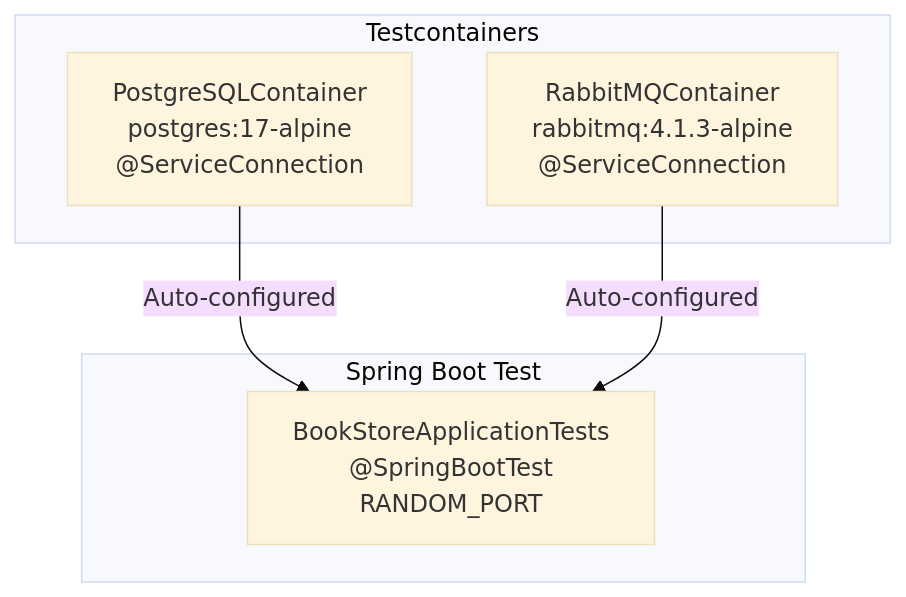
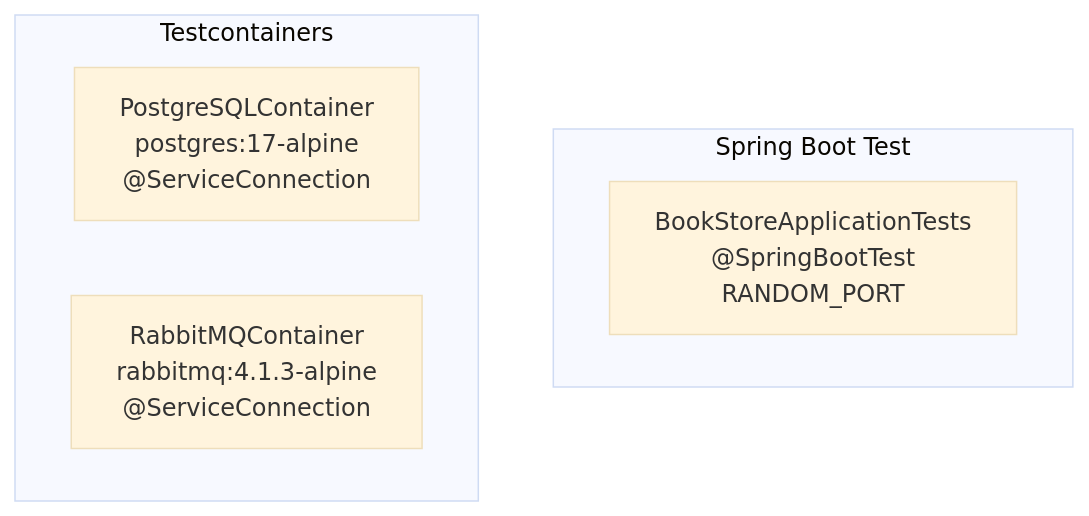
One commit to philipz/spring-modular-monolith changed the fifth of 5 diagrams in docs/deepwiki/Docker-Compose-Deployment.md. Above: the diagram before and after it, drawn with Mermaid (base theme). The commit also changed other lines of this file and 32 other files, not shown here.

````diff
--- a/docs/deepwiki/Docker-Compose-Deployment.md
+++ b/docs/deepwiki/Docker-Compose-Deployment.md
@@ -588,19 +574,16 @@
 ```mermaid
 flowchart TD
 
 postgres_tc["PostgreSQLContainer<br>postgres:17-alpine<br>@ServiceConnection"]
 rabbitmq_tc["RabbitMQContainer<br>rabbitmq:4.1.3-alpine<br>@ServiceConnection"]
 test["BookStoreApplicationTests<br>@SpringBootTest<br>RANDOM_PORT"]
-
-postgres_tc -->|"Auto-configured"| test
-rabbitmq_tc -->|"Auto-configured"| test
 
 subgraph subGraph1 ["Spring Boot Test"]
     test
 end
 
 subgraph Testcontainers ["Testcontainers"]
     postgres_tc
     rabbitmq_tc
 end
 ```
````
